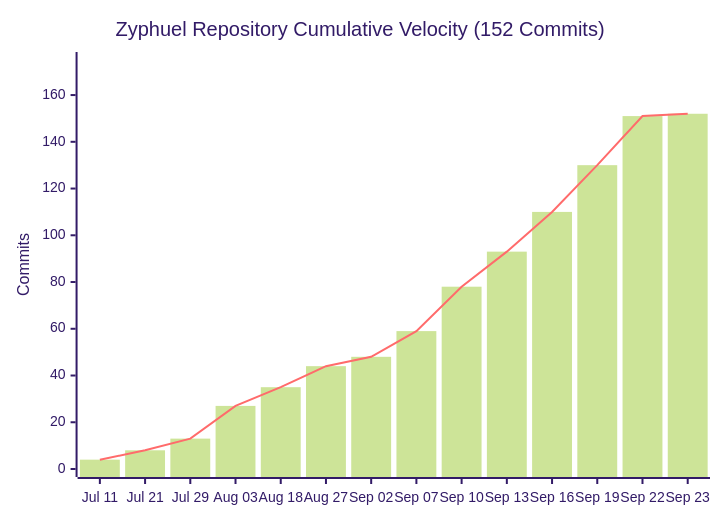
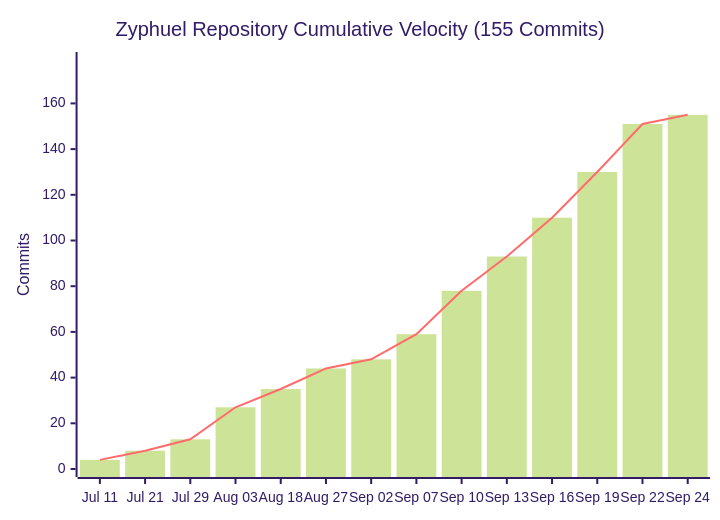
The diagram in README.md (daniyal44/Zyphuel), drawn with Mermaid (forest theme) before and after one commit. The commit also changed other lines of this file and 23 other files, not shown here.

````diff
--- a/README.md
+++ b/README.md
@@ -30,8 +30,8 @@
 ```mermaid
 xychart-beta
-    title "Zyphuel Repository Cumulative Velocity (152 Commits)"
-    x-axis ["Jul 11", "Jul 21", "Jul 29", "Aug 03", "Aug 18", "Aug 27", "Sep 02", "Sep 07", "Sep 10", "Sep 13", "Sep 16", "Sep 19", "Sep 22", "Sep 23"]
-    y-axis "Commits" 0 --> 175
-    bar [4, 8, 13, 27, 35, 44, 48, 59, 78, 93, 110, 130, 151, 152]
-    line [4, 8, 13, 27, 35, 44, 48, 59, 78, 93, 110, 130, 151, 152]
+    title "Zyphuel Repository Cumulative Velocity (155 Commits)"
+    x-axis ["Jul 11", "Jul 21", "Jul 29", "Aug 03", "Aug 18", "Aug 27", "Sep 02", "Sep 07", "Sep 10", "Sep 13", "Sep 16", "Sep 19", "Sep 22", "Sep 24"]
+    y-axis "Commits" 0 --> 179
+    bar [4, 8, 13, 27, 35, 44, 48, 59, 78, 93, 110, 130, 151, 155]
+    line [4, 8, 13, 27, 35, 44, 48, 59, 78, 93, 110, 130, 151, 155]
 ```
````
